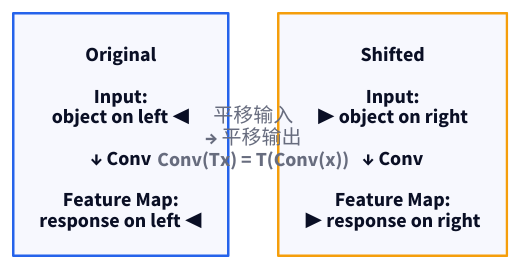
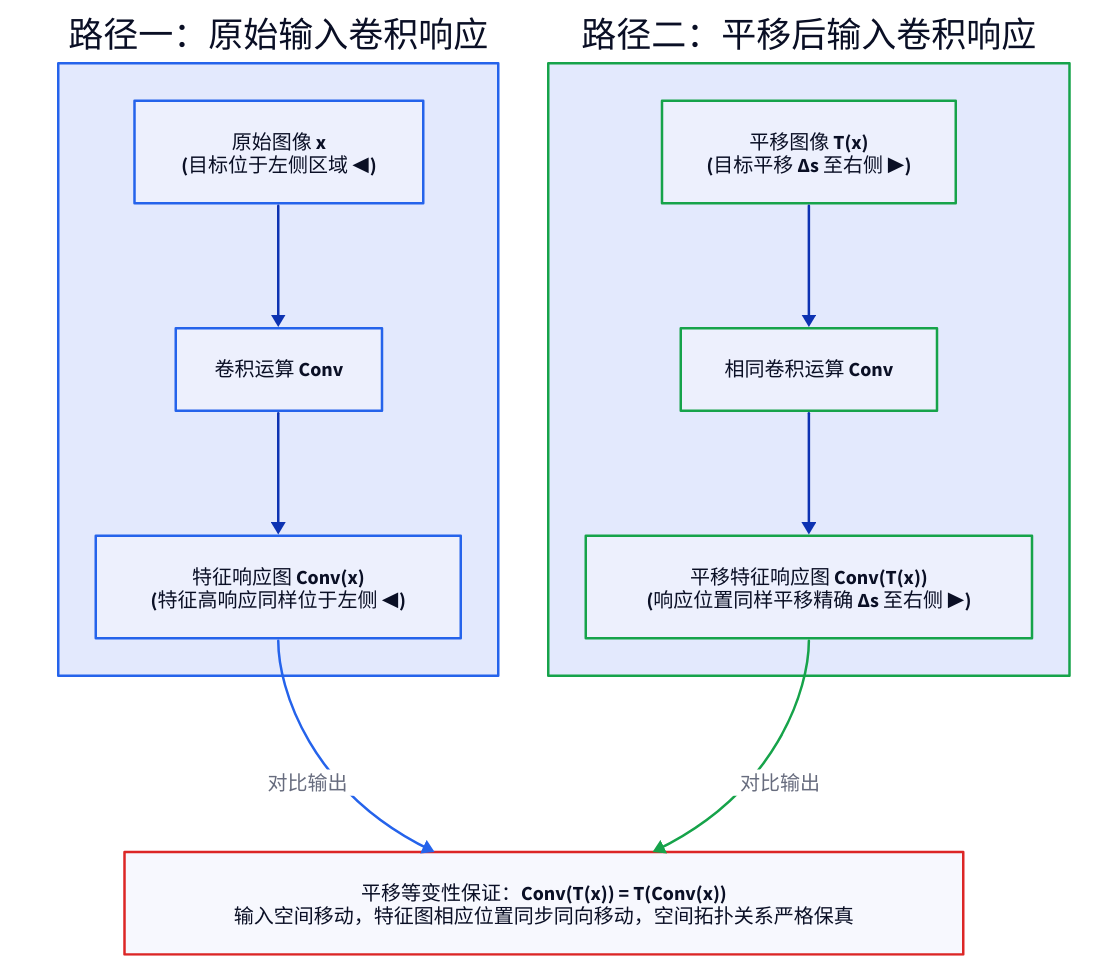
The diagram in images/convnet-architecture-thinking/translation-equivariance.d2 (111qqz/111qqz.github.io), drawn with D2 before and after one commit. The commit also changed 512 other files, not shown here.

Commit message:
fix(images): 同步概率密度配图精简并更新图片清册 111qqz/hugo-blog@1e605b2ee9908b4a5846f8919189ce75324d62b7

```diff
--- a/images/convnet-architecture-thinking/translation-equivariance.d2
+++ b/images/convnet-architecture-thinking/translation-equivariance.d2
@@ -1,20 +1,57 @@
-grid-rows: 1
-grid-columns: 2
-style.stroke: transparent
+direction: down
 
-before: "Original\n\nInput:\nobject on left ◀\n\n↓ Conv\n\nFeature Map:\nresponse on left ◀" {
+pipe1: "路径一：原始输入卷积响应" {
   style.stroke: "#2563eb"
+  style.stroke-width: 2
+  direction: right
+
+  in1: "原始图像 x\n(目标位于左侧区域 ◀)" {
+    style.stroke: "#2563eb"
+  }
+
+  conv1: "卷积运算 Conv" {
+    style.stroke: "#2563eb"
+    style.stroke-width: 2
+    style.bold: true
+  }
+
+  out1: "特征响应图 Conv(x)\n(特征高响应同样位于左侧 ◀)" {
+    style.stroke: "#2563eb"
+    style.bold: true
+  }
+
+  in1 -> conv1 -> out1
+}
+
+pipe2: "路径二：平移后输入卷积响应" {
+  style.stroke: "#16a34a"
+  style.stroke-width: 2
+  style.bold: true
+  direction: right
+
+  in2: "平移图像 T(x)\n(目标平移 Δs 至右侧 ▶)" {
+    style.stroke: "#16a34a"
+  }
+
+  conv2: "相同卷积运算 Conv" {
+    style.stroke: "#16a34a"
+    style.stroke-width: 2
+    style.bold: true
+  }
+
+  out2: "平移特征响应图 Conv(T(x))\n(响应位置同样平移精确 Δs 至右侧 ▶)" {
+    style.stroke: "#16a34a"
+    style.bold: true
+  }
+
+  in2 -> conv2 -> out2
+}
+
+equiv: "平移等变性保证：Conv(T(x)) = T(Conv(x))\n输入空间移动，特征图相应位置同步同向移动，空间拓扑关系严格保真" {
+  style.stroke: "#dc2626"
   style.stroke-width: 2
   style.bold: true
 }
 
-after: "Shifted\n\nInput:\n▶ object on right\n\n↓ Conv\n\nFeature Map:\n▶ response on right" {
-  style.stroke: "#f59e0b"
-  style.stroke-width: 2
-  style.bold: true
-}
-
-before -> after: "平移输入\n→ 平移输出\nConv(Tx) = T(Conv(x))" {
-  style.stroke: "#dc2626"
-  style.bold: true
-}
+pipe1.out1 -> equiv: "对比输出" {style.stroke: "#2563eb"}
+pipe2.out2 -> equiv: "对比输出" {style.stroke: "#16a34a"}
```
